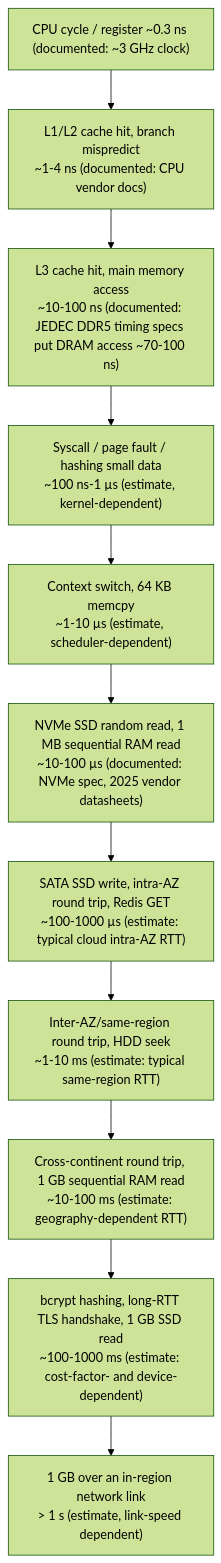
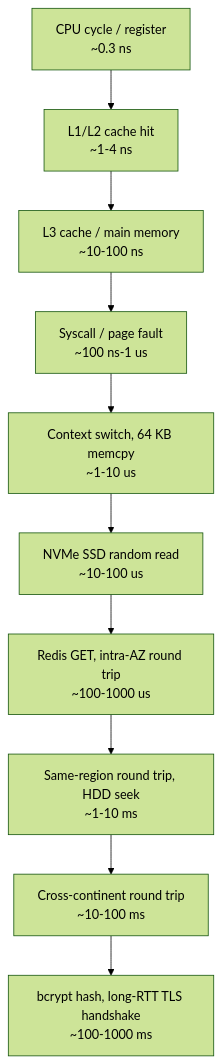
One commit to PriyanshuMidha/System_Design_notes changed the first of 5 diagrams in 01 CS Fundamentals/Latency Numbers Every Engineer Should Know.md. Above: the diagram before and after it, drawn with Mermaid (forest theme). The commit also changed other lines of this file and 215 other files, not shown here.

````diff
--- a/01 CS Fundamentals/Latency Numbers Every Engineer Should Know.md
+++ b/01 CS Fundamentals/Latency Numbers Every Engineer Should Know.md
@@ -41,13 +55,12 @@
 ```mermaid
 flowchart TB
-    A["CPU cycle / register ~0.3 ns (documented: ~3 GHz clock)"] --> B["L1/L2 cache hit, branch mispredict<br/>~1-4 ns (documented: CPU vendor docs)"]
-    B --> C["L3 cache hit, main memory access<br/>~10-100 ns (documented: JEDEC DDR5 timing specs put DRAM access ~70-100 ns)"]
-    C --> D["Syscall / page fault / hashing small data<br/>~100 ns-1 µs (estimate, kernel-dependent)"]
-    D --> E["Context switch, 64 KB memcpy<br/>~1-10 µs (estimate, scheduler-dependent)"]
-    E --> F["NVMe SSD random read, 1 MB sequential RAM read<br/>~10-100 µs (documented: NVMe spec, 2025 vendor datasheets)"]
-    F --> G["SATA SSD write, intra-AZ round trip, Redis GET<br/>~100-1000 µs (estimate: typical cloud intra-AZ RTT)"]
-    G --> H["Inter-AZ/same-region round trip, HDD seek<br/>~1-10 ms (estimate: typical same-region RTT)"]
-    H --> I["Cross-continent round trip, 1 GB sequential RAM read<br/>~10-100 ms (estimate: geography-dependent RTT)"]
-    I --> J["bcrypt hashing, long-RTT TLS handshake, 1 GB SSD read<br/>~100-1000 ms (estimate: cost-factor- and device-dependent)"]
-    J --> K["1 GB over an in-region network link<br/>> 1 s (estimate, link-speed dependent)"]
+    A["CPU cycle / register<br/>~0.3 ns"] --> B["L1/L2 cache hit<br/>~1-4 ns"]
+    B --> C["L3 cache / main memory<br/>~10-100 ns"]
+    C --> D["Syscall / page fault<br/>~100 ns-1 us"]
+    D --> E["Context switch, 64 KB memcpy<br/>~1-10 us"]
+    E --> F["NVMe SSD random read<br/>~10-100 us"]
+    F --> G["Redis GET, intra-AZ round trip<br/>~100-1000 us"]
+    G --> H["Same-region round trip, HDD seek<br/>~1-10 ms"]
+    H --> I["Cross-continent round trip<br/>~10-100 ms"]
+    I --> J["bcrypt hash, long-RTT TLS handshake<br/>~100-1000 ms"]
 ```
````
